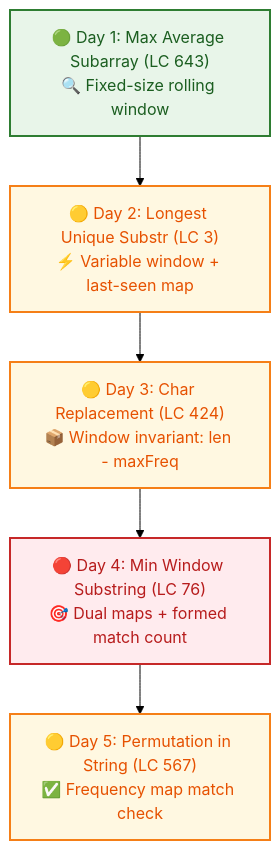
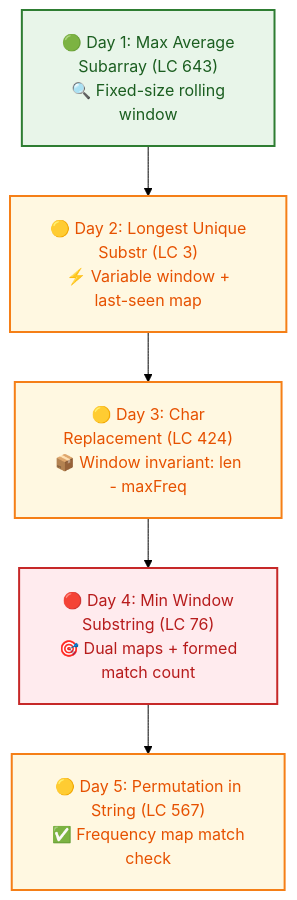
Before and after one commit to dip4k/DSA_102: the second of 19 diagrams in Senior_dsa_question_list.md, drawn with Mermaid (forest theme). The commit also changed other lines of this file and 108 other files, not shown here.

First line of the commit message:
fix(mermaid): resolve diagram clipping, padding, and syntax issues across repo

````diff
--- a/Senior_dsa_question_list.md
+++ b/Senior_dsa_question_list.md
@@ -105,14 +106,15 @@
 ```mermaid
+%%{init: {"flowchart": {"htmlLabels": true, "padding": 20}}}%%
 flowchart TD
     classDef startNode fill:#e8f5e9,stroke:#2e7d32,stroke-width:2px,color:#1b5e20
     classDef midNode fill:#fff8e1,stroke:#f57f17,stroke-width:2px,color:#e65100
     classDef hardNode fill:#ffebee,stroke:#c62828,stroke-width:2px,color:#b71c1c
 
-    A["🟢 Day 1: Max Average Subarray (LC 643)<br/>🔍 Fixed-size rolling window"]:::startNode
-    B["🟡 Day 2: Longest Unique Substr (LC 3)<br/>⚡ Variable window + last-seen map"]:::midNode
-    C["🟡 Day 3: Char Replacement (LC 424)<br/>📦 Window invariant: len - maxFreq"]:::midNode
-    D["🔴 Day 4: Min Window Substring (LC 76)<br/>🎯 Dual maps + formed match count"]:::hardNode
-    E["🟡 Day 5: Permutation in String (LC 567)<br/>✅ Frequency map match check"]:::midNode
+    A["🟢 Day 1: Max Average<br/>Subarray (LC 643)<br/>🔍 Fixed-size rolling<br/>window"]:::startNode
+    B["🟡 Day 2: Longest Unique<br/>Substr (LC 3)<br/>⚡ Variable window +<br/>last-seen map"]:::midNode
+    C["🟡 Day 3: Char<br/>Replacement (LC 424)<br/>📦 Window invariant: len<br/>- maxFreq"]:::midNode
+    D["🔴 Day 4: Min Window<br/>Substring (LC 76)<br/>🎯 Dual maps + formed<br/>match count"]:::hardNode
+    E["🟡 Day 5: Permutation in<br/>String (LC 567)<br/>✅ Frequency map match<br/>check"]:::midNode
 
     A --> B --> C --> D --> E
 ```
````
